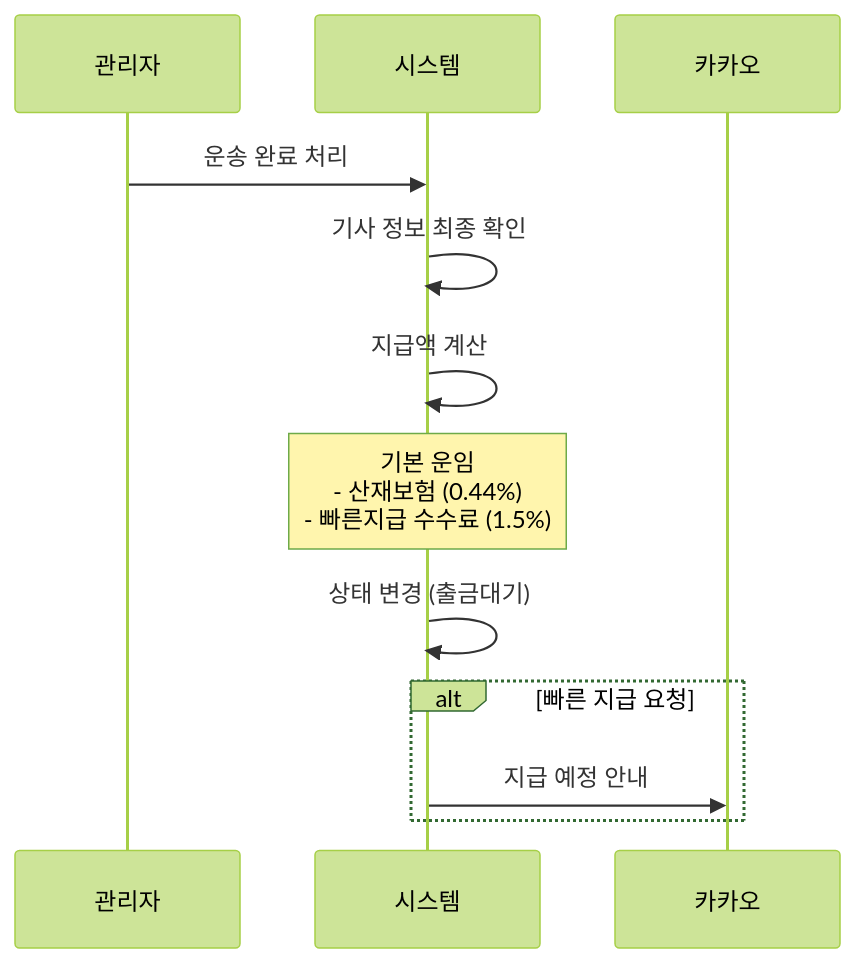
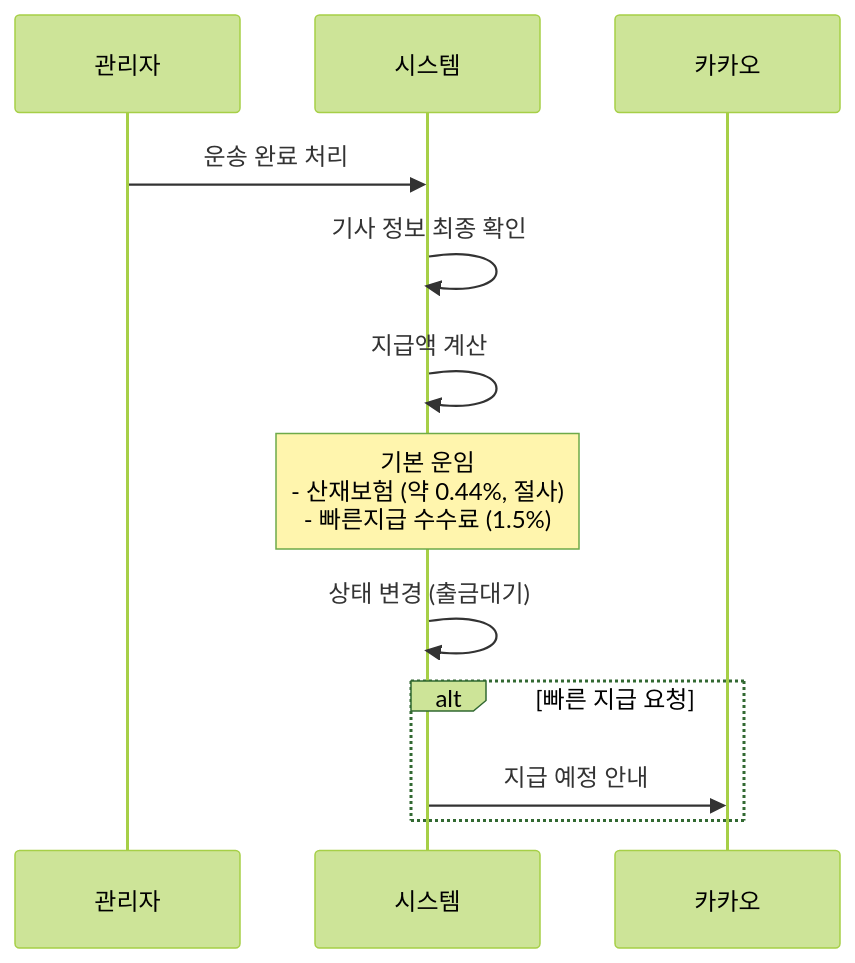
Before and after one commit to kimtj12/bctong-documents: the fifth of 5 diagrams in docs/03-워크플로우/배차-플로우.md, drawn with Mermaid (forest theme). The commit also changed 3 other files, not shown here.

````diff
--- a/docs/03-워크플로우/배차-플로우.md
+++ b/docs/03-워크플로우/배차-플로우.md
@@ -210,18 +210,18 @@
 ```mermaid
 sequenceDiagram
     participant 관리자
     participant 시스템
     participant 카카오
 
     관리자->>시스템: 운송 완료 처리
     시스템->>시스템: 기사 정보 최종 확인
     시스템->>시스템: 지급액 계산
 
-    Note over 시스템: 기본 운임<br/>- 산재보험 (0.44%)<br/>- 빠른지급 수수료 (1.5%)
+    Note over 시스템: 기본 운임<br/>- 산재보험 (약 0.44%, 절사)<br/>- 빠른지급 수수료 (1.5%)
 
     시스템->>시스템: 상태 변경 (출금대기)
 
     alt 빠른 지급 요청
         시스템->>카카오: 지급 예정 안내
     end
 ```
````
